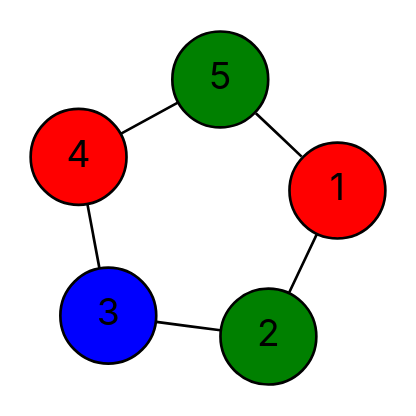
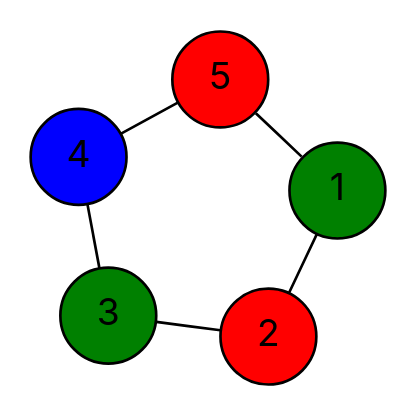
Before and after one commit to vercah/vertex-coloring: the diagram in data/final-dots/easy-03-parallel.dot, drawn with Graphviz. The commit also changed 92 other files, not shown here.

```diff
--- a/data/final-dots/easy-03-parallel.dot
+++ b/data/final-dots/easy-03-parallel.dot
@@ -1,16 +1,16 @@
 graph G {
   layout=neato;
   overlap=false;
   splines=true;
   node [shape=circle, style=filled, fontname=Inter];
-  1 [label="1", fillcolor="red", tooltip="v1 color 0"];
-  2 [label="2", fillcolor="green", tooltip="v2 color 1"];
-  3 [label="3", fillcolor="blue", tooltip="v3 color 2"];
-  4 [label="4", fillcolor="red", tooltip="v4 color 0"];
-  5 [label="5", fillcolor="green", tooltip="v5 color 1"];
+  1 [label="1", fillcolor="green", tooltip="v1 color 1"];
+  2 [label="2", fillcolor="red", tooltip="v2 color 0"];
+  3 [label="3", fillcolor="green", tooltip="v3 color 1"];
+  4 [label="4", fillcolor="blue", tooltip="v4 color 2"];
+  5 [label="5", fillcolor="red", tooltip="v5 color 0"];
   1 -- 2;
   1 -- 5;
   2 -- 3;
   3 -- 4;
   4 -- 5;
 }
```
